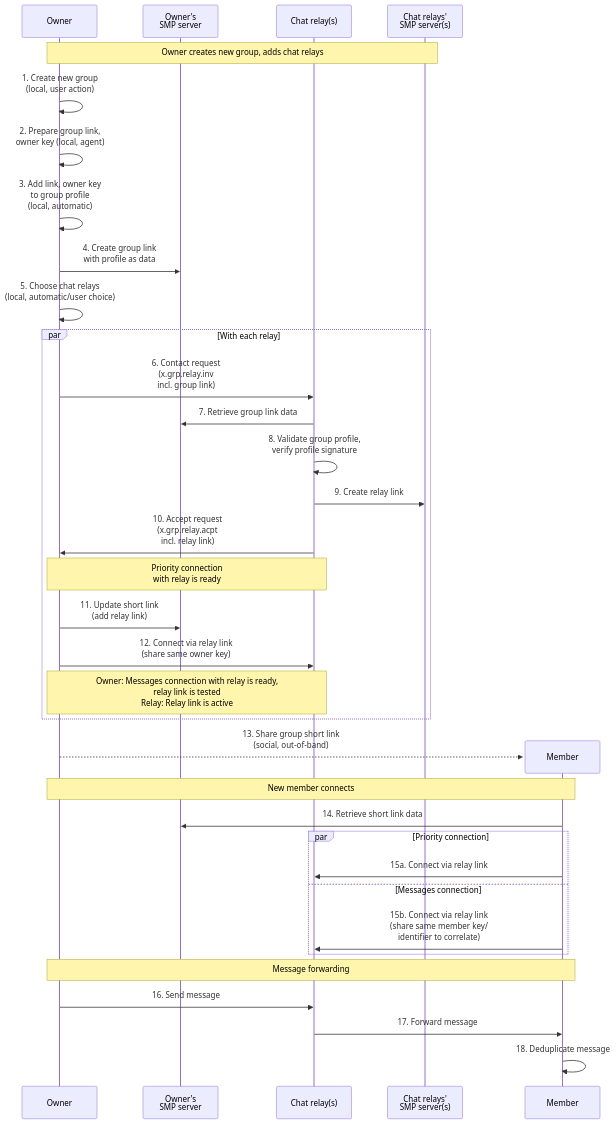
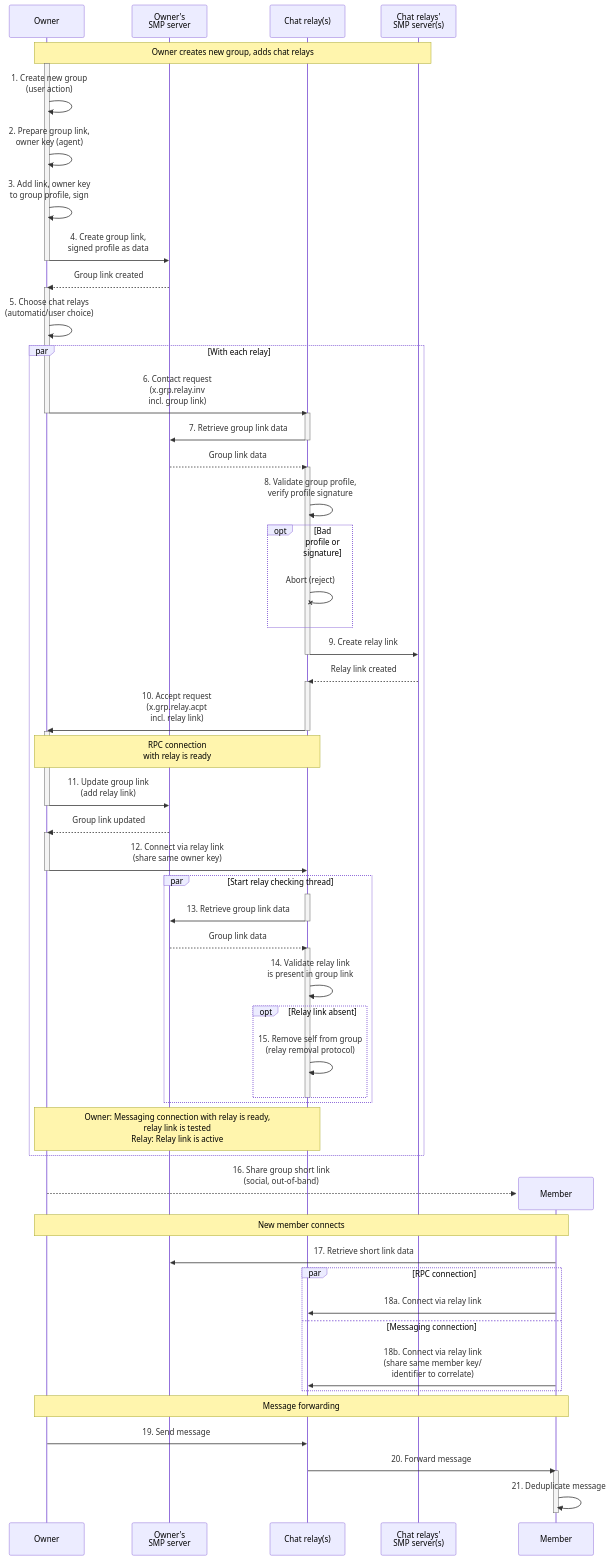
Before and after one commit to simplex-chat/simplex-chat: the first of 2 diagrams in docs/rfcs/2025-10-20-chat-relays.md, drawn with Mermaid. The commit also changed other lines of this file, not shown here.

````diff
--- a/docs/rfcs/2025-10-20-chat-relays.md
+++ b/docs/rfcs/2025-10-20-chat-relays.md
@@ -192,43 +7,78 @@
 ```mermaid
 sequenceDiagram
     participant O as Owner
     participant OSMP as Owner's<br>SMP server
     participant R as Chat relay(s)
     participant RSMP as Chat relays'<br>SMP server(s)
 
 note over O, RSMP: Owner creates new group, adds chat relays
 
-O ->> O: 1. Create new group<br>(local, user action)
-O ->> O: 2. Prepare group link,<br>owner key (local, agent)
-O ->> O: 3. Add link, owner key<br>to group profile<br>(local, automatic)
-O ->> OSMP: 4. Create group link<br>with profile as data
-O ->> O: 5. Choose chat relays<br>(local, automatic/user choice)
+activate O
+O ->> O: 1. Create new group<br>(user action)
+O ->> O: 2. Prepare group link,<br>owner key (agent)
+O ->> O: 3. Add link, owner key<br>to group profile, sign
+O ->> OSMP: 4. Create group link,<br>signed profile as data
+deactivate O
+OSMP -->> O: Group link created
+activate O
+O ->> O: 5. Choose chat relays<br>(automatic/user choice)
 par With each relay
     O ->> R: 6. Contact request<br>(x.grp.relay.inv<br>incl. group link)
+    deactivate O
+    activate R
     R ->> OSMP: 7. Retrieve group link data
+    deactivate R
+    OSMP -->> R: Group link data
+    activate R
     R ->> R: 8. Validate group profile,<br>verify profile signature
+    opt Bad profile or signature
+      R -x R: Abort (reject)
+    end
     R ->> RSMP: 9. Create relay link
+    deactivate R
+    RSMP -->> R: Relay link created
+    activate R
     R ->> O: 10. Accept request<br>(x.grp.relay.acpt<br>incl. relay link)
-    note over O, R: Priority connection<br>with relay is ready
-    O ->> OSMP: 11. Update short link<br>(add relay link)
+    deactivate R
+    activate O
+    note over O, R: RPC connection<br>with relay is ready
+    O ->> OSMP: 11. Update group link<br>(add relay link)
+    deactivate O
+    OSMP -->> O: Group link updated
+    activate O
     O ->> R: 12. Connect via relay link<br>(share same owner key)
-    note over O, R: Owner: Messages connection with relay is ready,<br>relay link is tested<br>Relay: Relay link is active
+    deactivate O
+    par Start relay checking thread
+        activate R
+        R ->> OSMP: 13. Retrieve group link data
+        deactivate R
+        OSMP -->> R: Group link data
+        activate R
+        R ->> R: 14. Validate relay link<br>is present in group link
+        opt Relay link absent
+            R ->> R: 15. Remove self from group<br>(relay removal protocol) 
+        end
+        deactivate R
+    end
+    note over O, R: Owner: Messaging connection with relay is ready,<br>relay link is tested<br>Relay: Relay link is active
 end
 create participant M as Member
-O -->> M: 13. Share group short link<br>(social, out-of-band)
+O -->> M: 16. Share group short link<br>(social, out-of-band)
 
 note over O, M: New member connects
 
-M ->> OSMP: 14. Retrieve short link data
-par Priority connection
-    M ->> R: 15a. Connect via relay link
-and Messages connection
-    M ->> R: 15b. Connect via relay link<br>(share same member key/<br>identifier to correlate)
+M ->> OSMP: 17. Retrieve short link data
+par RPC connection
+    M ->> R: 18a. Connect via relay link
+and Messaging connection
+    M ->> R: 18b. Connect via relay link<br>(share same member key/<br>identifier to correlate)
 end
 
 note over O, M: Message forwarding
 
-O ->> R: 16. Send message
-R ->> M: 17. Forward message
-M ->> M: 18. Deduplicate message
+O ->> R: 19. Send message
+R ->> M: 20. Forward message
+activate M
+M ->> M: 21. Deduplicate message
+deactivate M
 ```
````
